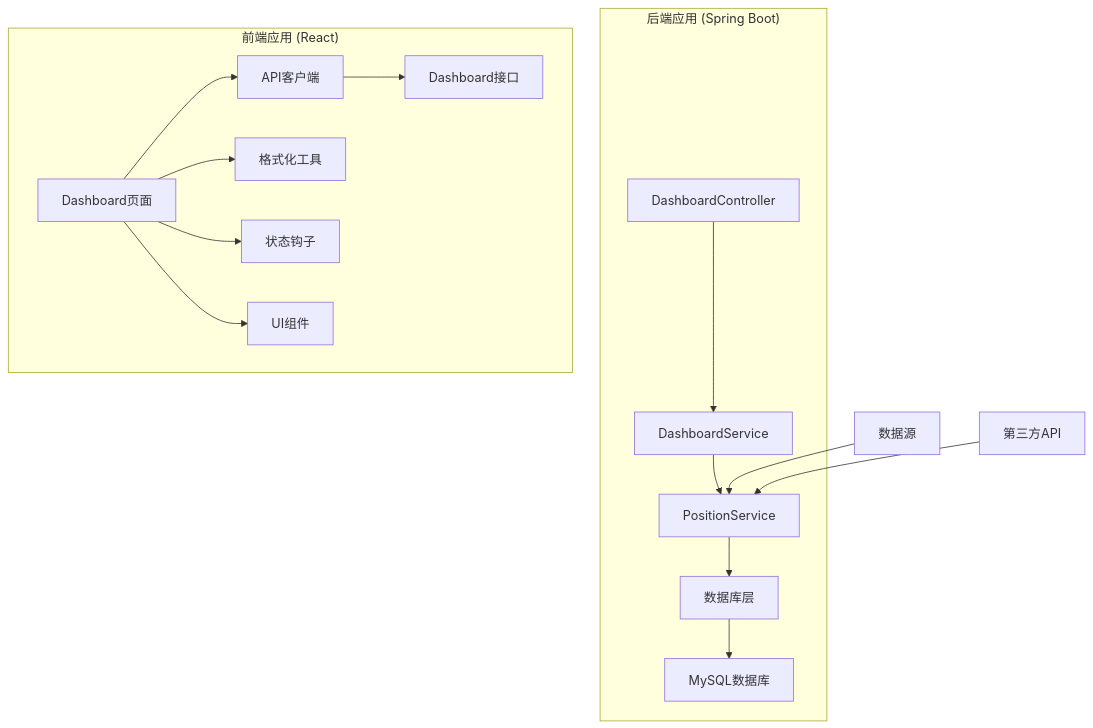
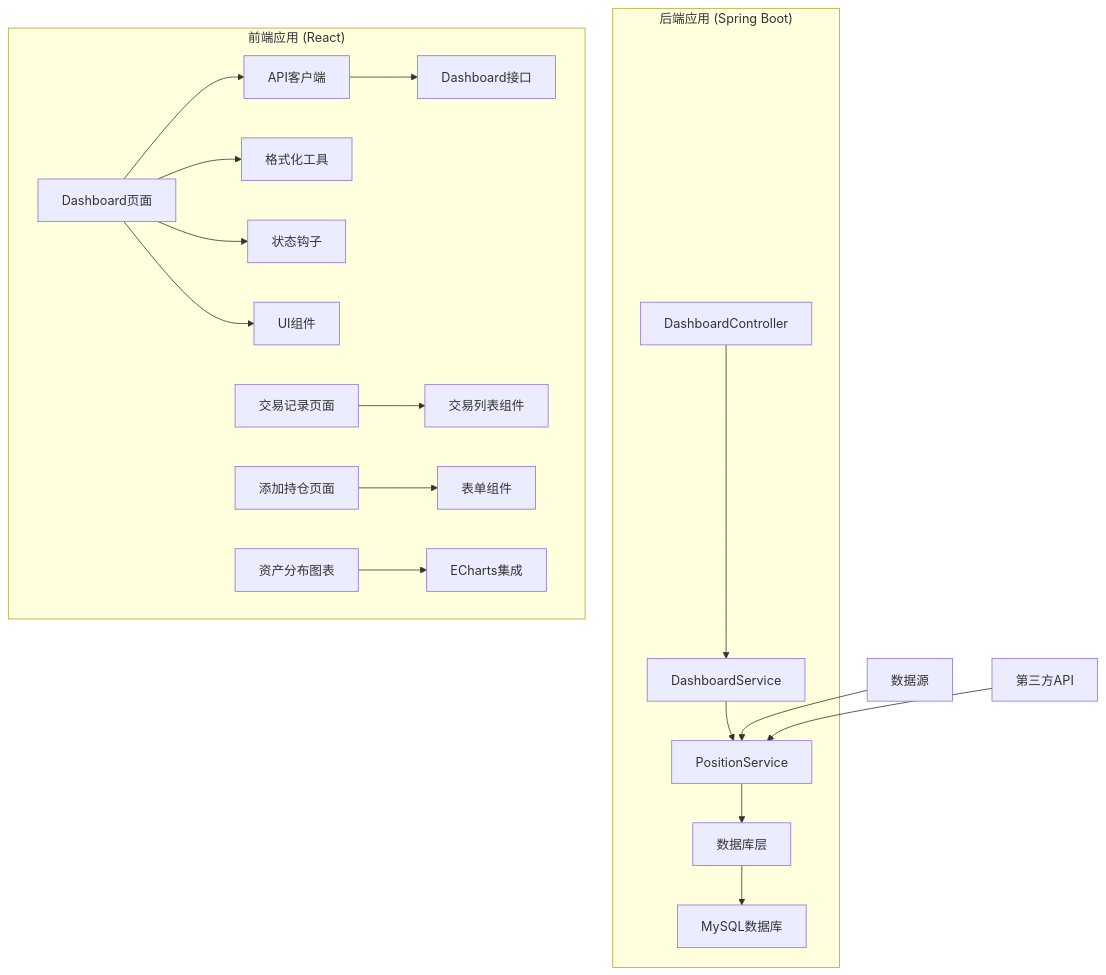
One commit to gree-coder/fund-butler changed the first of 11 diagrams in .qoder/repowiki/zh/content/Dashboard Enhancement.md. Above: the diagram before and after it, drawn with Mermaid. The commit also changed other lines of this file and 34 other files, not shown here.

````diff
--- a/.qoder/repowiki/zh/content/Dashboard Enhancement.md
+++ b/.qoder/repowiki/zh/content/Dashboard Enhancement.md
@@ -44,18 +57,21 @@
 ```mermaid
 graph TB
 subgraph "后端应用 (Spring Boot)"
 A[DashboardController] --> B[DashboardService]
 B --> C[PositionService]
 C --> D[数据库层]
 D --> E[MySQL数据库]
 end
 subgraph "前端应用 (React)"
 F[Dashboard页面] --> G[API客户端]
 G --> H[Dashboard接口]
 F --> I[格式化工具]
 F --> J[状态钩子]
 F --> K[UI组件]
+L[交易记录页面] --> M[交易列表组件]
+N[添加持仓页面] --> O[表单组件]
+P[资产分布图表] --> Q[ECharts集成]
 end
-L[数据源] --> C
-M[第三方API] --> C
+R[数据源] --> C
+S[第三方API] --> C
 ```
````
